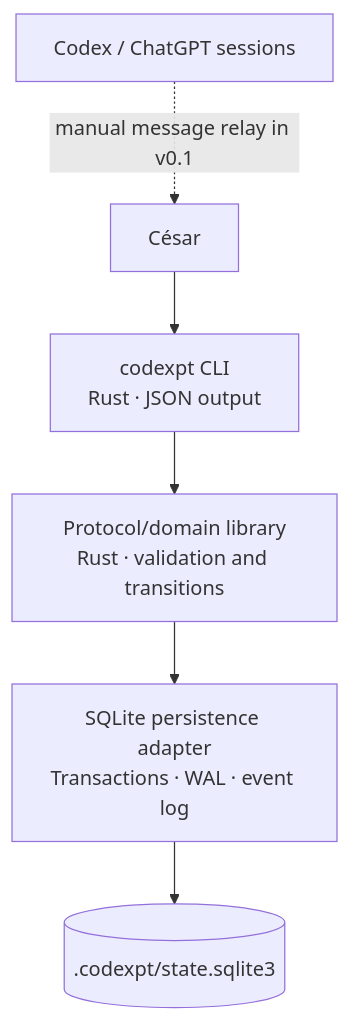
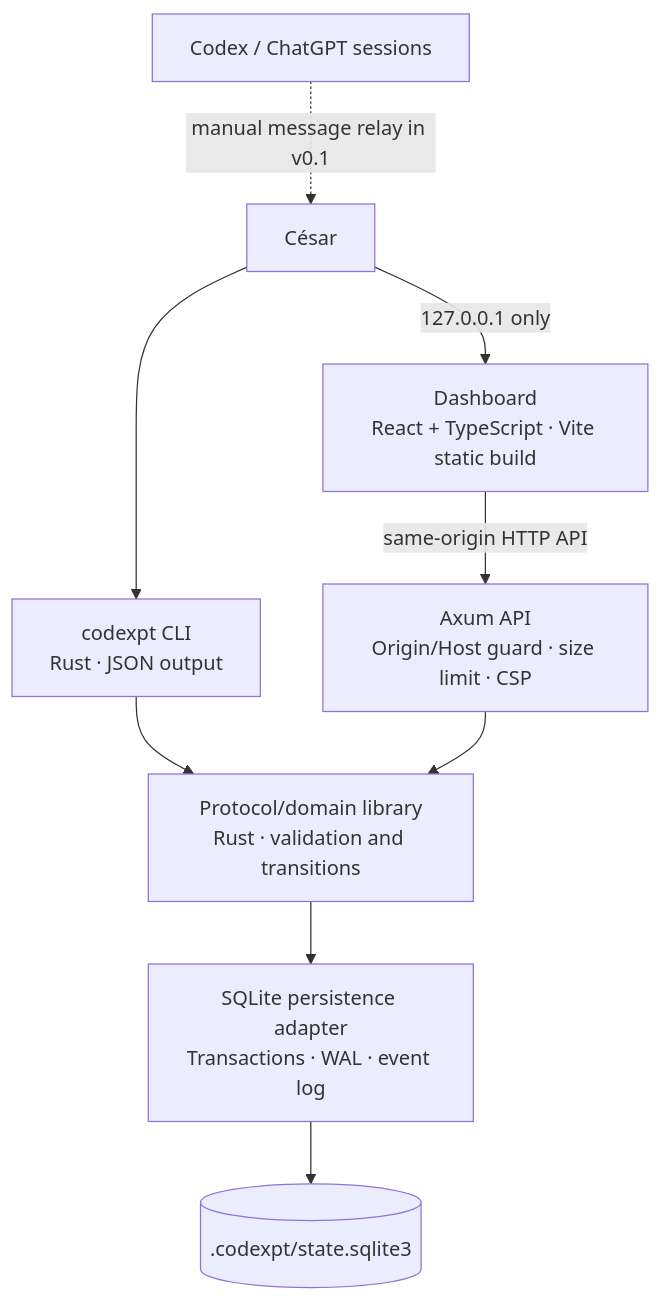
The second of 3 diagrams in docs/architecture/C4.md (CyberStill-GmbH/codexpt), drawn with Mermaid before and after one commit. The commit also changed other lines of this file and 66 other files, not shown here.

````diff
--- a/docs/architecture/C4.md
+++ b/docs/architecture/C4.md
@@ -28,8 +28,11 @@
 ```mermaid
 flowchart TB
     User["César"] --> CLI["codexpt CLI\nRust · JSON output"]
+    User -->|127.0.0.1 only| UI["Dashboard\nReact + TypeScript · Vite static build"]
+    UI -->|same-origin HTTP API| API["Axum API\nOrigin/Host guard · size limit · CSP"]
     CLI --> Core["Protocol/domain library\nRust · validation and transitions"]
+    API --> Core
     Core --> Store["SQLite persistence adapter\nTransactions · WAL · event log"]
     Store --> DB[(".codexpt/state.sqlite3")]
     Agent["Codex / ChatGPT sessions"] -. "manual message relay in v0.1" .-> User
 ```
````
